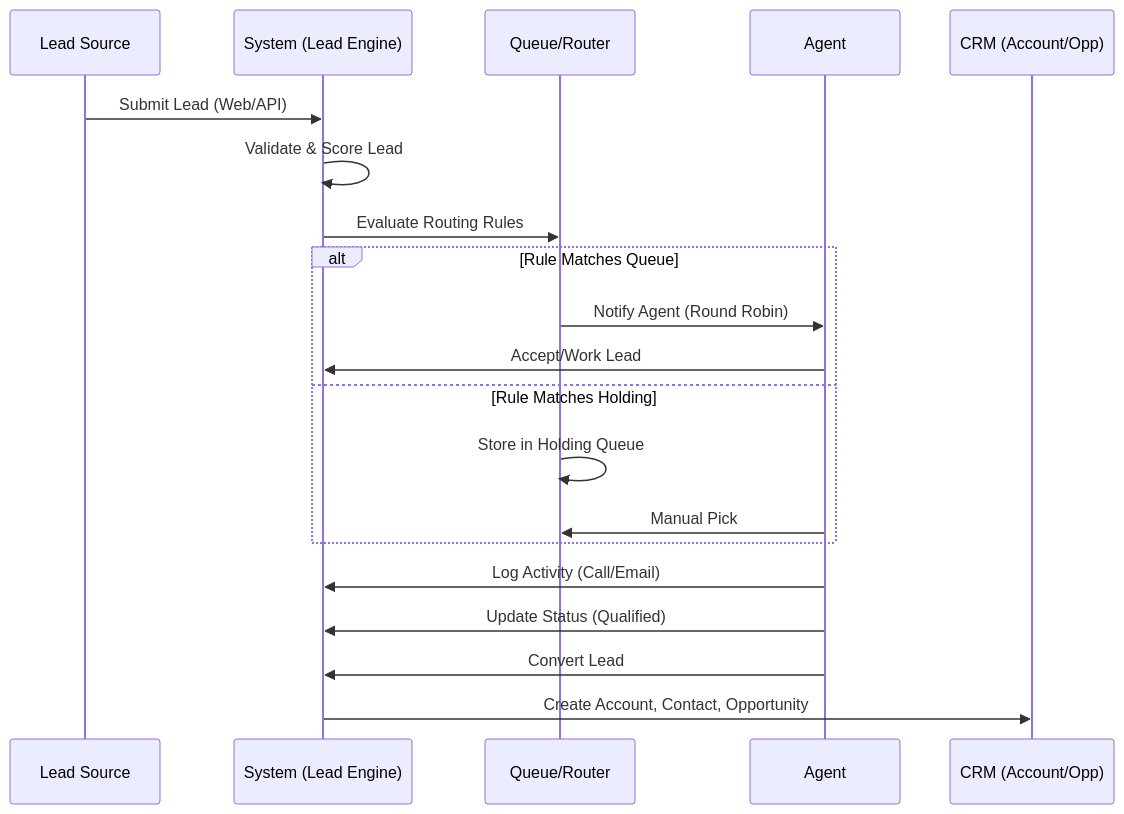
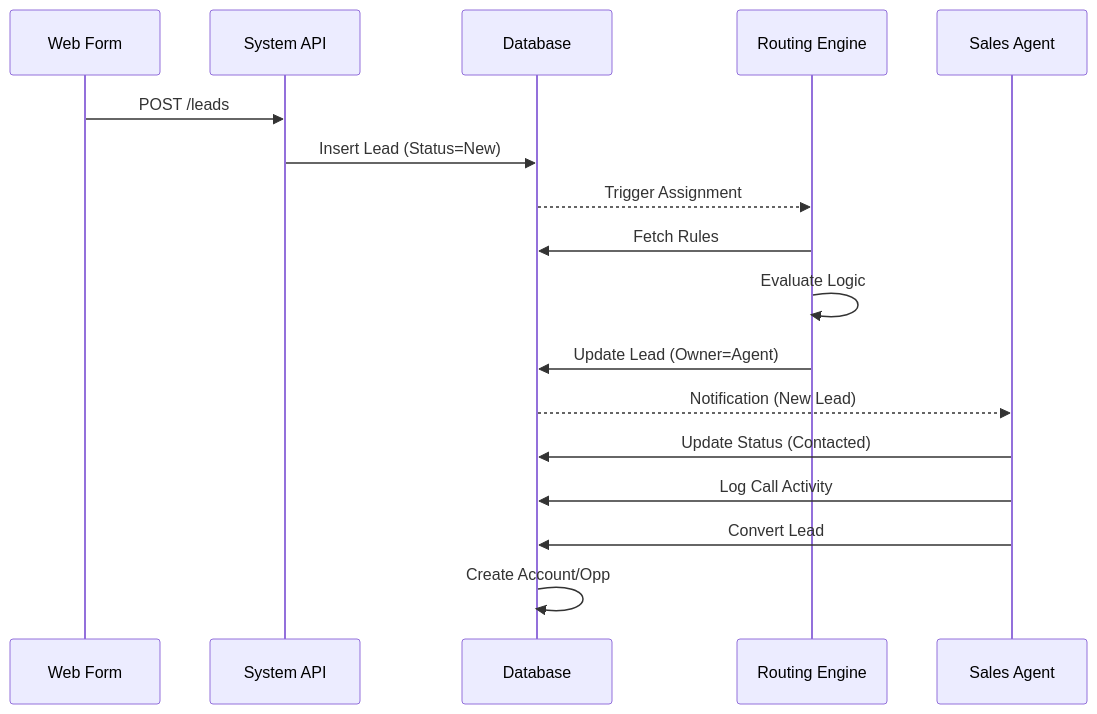
The third of 4 diagrams in documentation/LEAD_MANAGEMENT_MODULE.md (vageesha-vaishya/logic-nexus-ai), drawn with Mermaid before and after one commit. The commit also changed other lines of this file, not shown here.

First line of the commit message:
docs(lead-management): update technical documentation with implementation details

````diff
--- a/documentation/LEAD_MANAGEMENT_MODULE.md
+++ b/documentation/LEAD_MANAGEMENT_MODULE.md
@@ -186,23 +303,20 @@
 ```mermaid
 sequenceDiagram
-    participant L as Lead Source
-    participant S as System (Lead Engine)
-    participant Q as Queue/Router
-    participant A as Agent
-    participant C as CRM (Account/Opp)
+    participant Web as Web Form
+    participant API as System API
+    participant DB as Database
+    participant Eng as Routing Engine
+    participant Ag as Sales Agent
 
-    L->>S: Submit Lead (Web/API)
-    S->>S: Validate & Score Lead
-    S->>Q: Evaluate Routing Rules
-    alt Rule Matches Queue
-        Q->>A: Notify Agent (Round Robin)
-        A->>S: Accept/Work Lead
-    else Rule Matches Holding
-        Q->>Q: Store in Holding Queue
-        A->>Q: Manual Pick
-    end
-    A->>S: Log Activity (Call/Email)
-    A->>S: Update Status (Qualified)
-    A->>S: Convert Lead
-    S->>C: Create Account, Contact, Opportunity
+    Web->>API: POST /leads
+    API->>DB: Insert Lead (Status=New)
+    DB-->>Eng: Trigger Assignment
+    Eng->>DB: Fetch Rules
+    Eng->>Eng: Evaluate Logic
+    Eng->>DB: Update Lead (Owner=Agent)
+    DB-->>Ag: Notification (New Lead)
+    Ag->>DB: Update Status (Contacted)
+    Ag->>DB: Log Call Activity
+    Ag->>DB: Convert Lead
+    DB->>DB: Create Account/Opp
 ```
````
